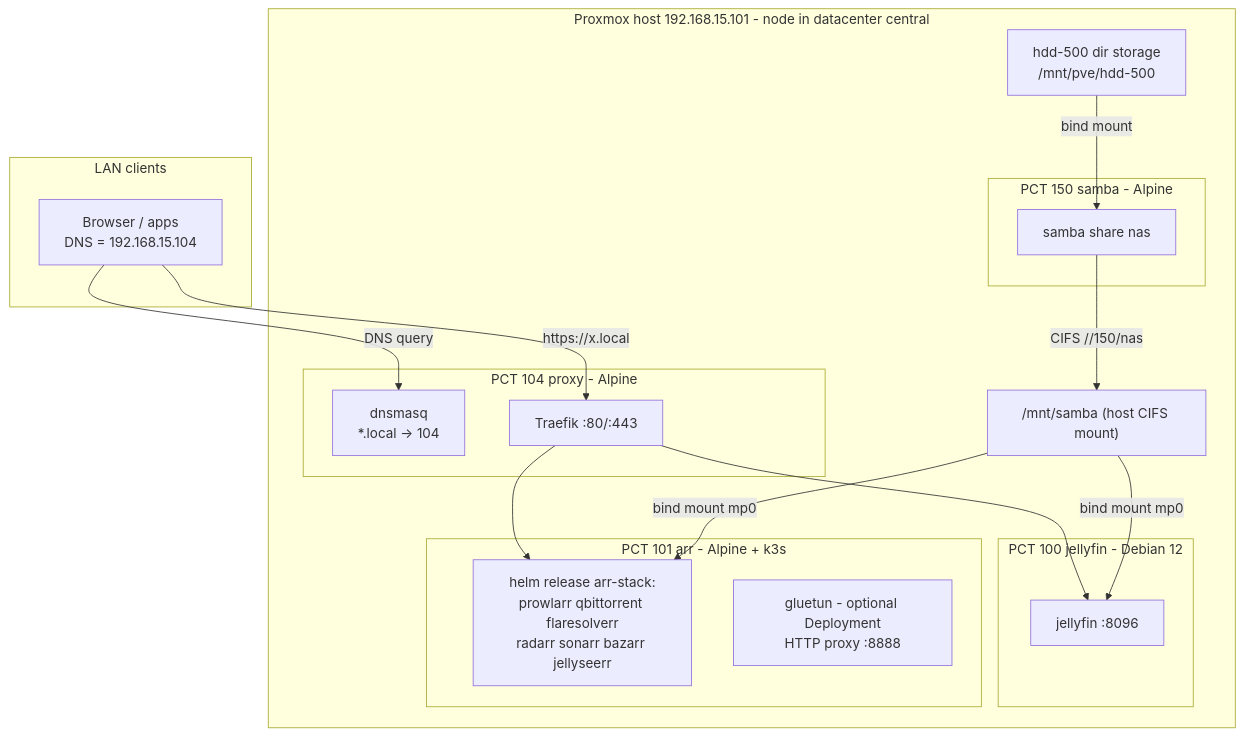
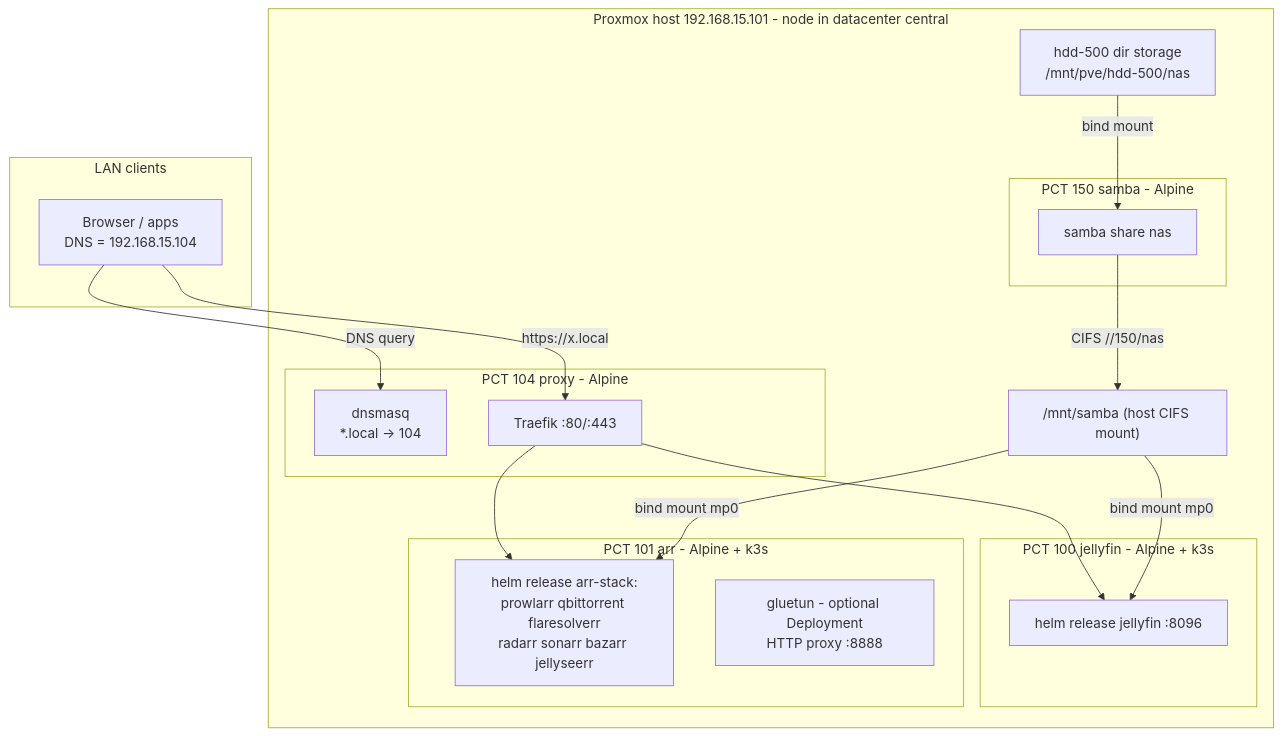
One commit to YtaloWill/homelab-infra changed the diagram in .kiro/specs/homelab-foundation/design.md. Above: the diagram before and after it, drawn with Mermaid. The commit also changed other lines of this file and 20 other files, not shown here.

First line of the commit message:
feat: migrate jellyfin to k3s + Helm

````diff
--- a/.kiro/specs/homelab-foundation/design.md
+++ b/.kiro/specs/homelab-foundation/design.md
@@ -11,32 +13,32 @@
 ```mermaid
 flowchart TB
     subgraph LAN clients
         C[Browser / apps<br/>DNS = 192.168.15.104]
     end
     subgraph PVE[Proxmox host 192.168.15.101 - node in datacenter central]
         subgraph P104[PCT 104 proxy - Alpine]
             DNS[dnsmasq<br/>*.local -> 104]
             TR[Traefik :80/:443]
         end
-        subgraph P100[PCT 100 jellyfin - Debian 12]
-            JF[jellyfin :8096]
+        subgraph P100[PCT 100 jellyfin - Alpine + k3s]
+            JF[helm release jellyfin :8096]
         end
         subgraph P101[PCT 101 arr - Alpine + k3s]
             AR[helm release arr-stack:<br/>prowlarr qbittorrent flaresolverr<br/>radarr sonarr bazarr jellyseerr]
             GL[gluetun - optional Deployment<br/>HTTP proxy :8888]
         end
         subgraph P150[PCT 150 samba - Alpine]
             SMB[samba share nas]
         end
         HM["/mnt/samba (host CIFS mount)"]
-        HDD["hdd-500 dir storage<br/>/mnt/pve/hdd-500"]
+        HDD["hdd-500 dir storage<br/>/mnt/pve/hdd-500/nas"]
     end
     C -->|DNS query| DNS
     C -->|https://x.local| TR
     TR --> JF
     TR --> AR
     HDD -->|bind mount| SMB
     SMB -->|CIFS //150/nas| HM
     HM -->|bind mount mp0| JF
     HM -->|bind mount mp0| AR
 ```
````
